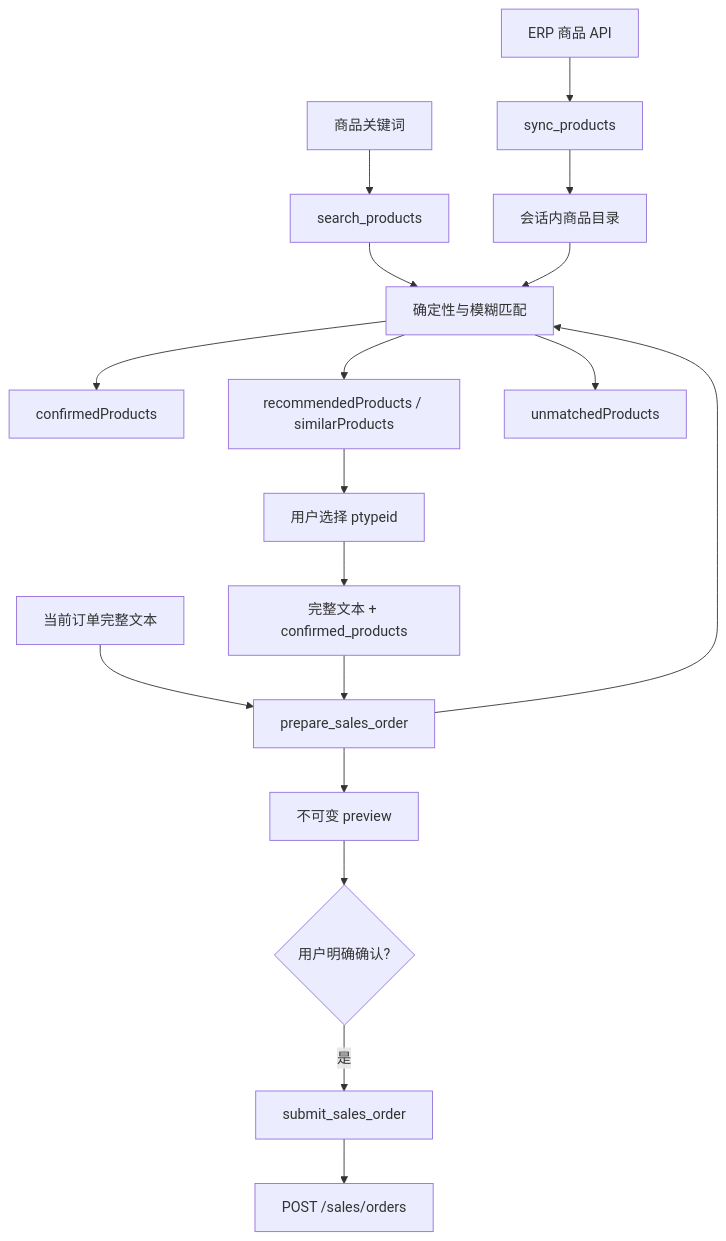
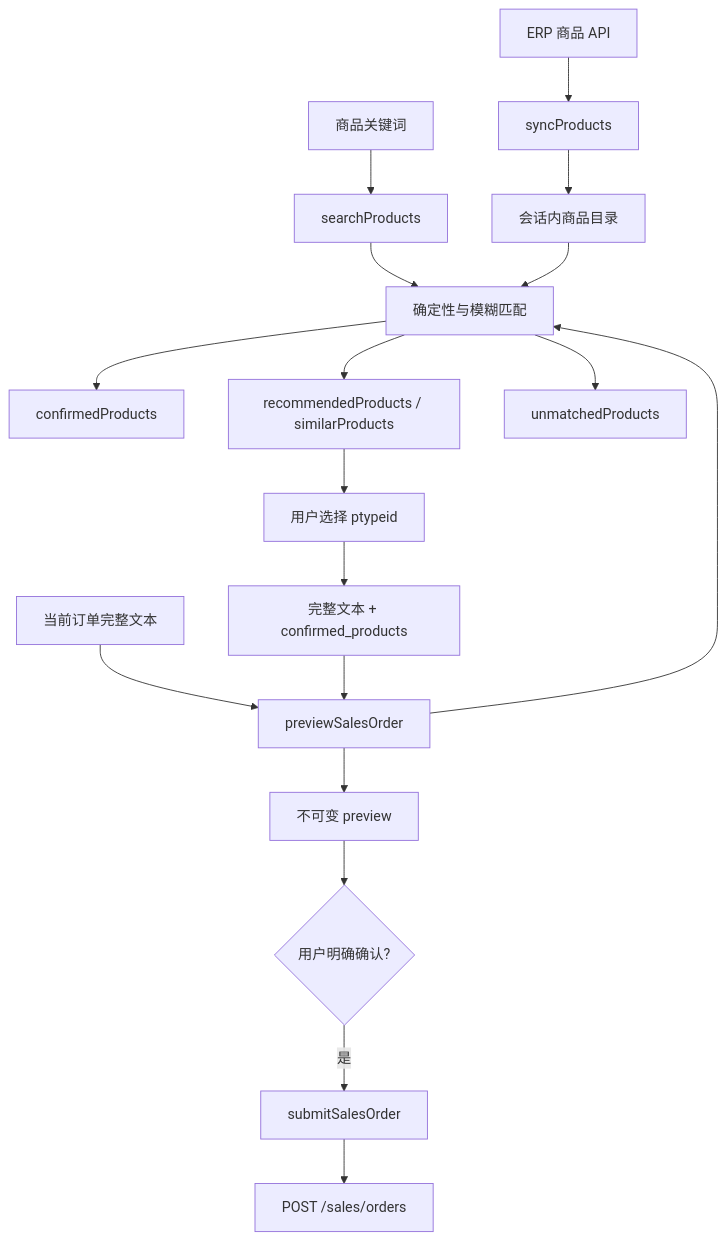
The fourth of 4 diagrams in docs/architecture/architecture-diagrams.md (757607106/gjp-cyb-mcp), drawn with Mermaid before and after one commit. The commit also changed other lines of this file and 15 other files, not shown here.

````diff
--- a/docs/architecture/architecture-diagrams.md
+++ b/docs/architecture/architecture-diagrams.md
@@ -96,14 +96,14 @@
 ```mermaid
 flowchart TB
-    ERP["ERP 商品 API"] --> Sync["sync_products"] --> Catalog["会话内商品目录"]
-    Query["商品关键词"] --> Search["search_products"] --> Matcher["确定性与模糊匹配"]
-    Text["当前订单完整文本"] --> Draft["prepare_sales_order"] --> Matcher
+    ERP["ERP 商品 API"] --> Sync["syncProducts"] --> Catalog["会话内商品目录"]
+    Query["商品关键词"] --> Search["searchProducts"] --> Matcher["确定性与模糊匹配"]
+    Text["当前订单完整文本"] --> Draft["previewSalesOrder"] --> Matcher
     Catalog --> Matcher
     Matcher --> Confirmed["confirmedProducts"]
     Matcher --> Recommended["recommendedProducts / similarProducts"]
     Matcher --> Unmatched["unmatchedProducts"]
     Recommended --> Choice["用户选择 ptypeid"]
     Choice --> Retry["完整文本 + confirmed_products"] --> Draft
     Draft --> Preview["不可变 preview"] --> UserConfirm{"用户明确确认?"}
-    UserConfirm -->|是| Submit["submit_sales_order"] --> SalesApi["POST /sales/orders"]
+    UserConfirm -->|是| Submit["submitSalesOrder"] --> SalesApi["POST /sales/orders"]
 ```
````
